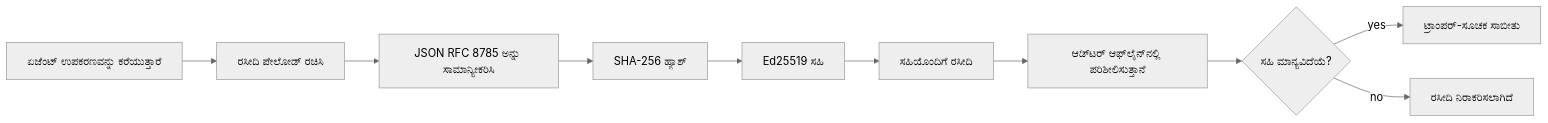
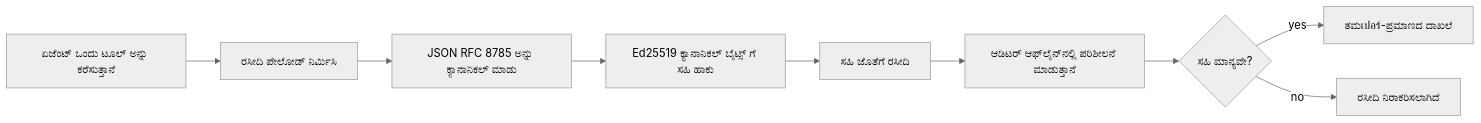
The first of 2 diagrams in translations/kn/18-securing-ai-agents/README.md (microsoft/ai-agents-for-beginners), drawn with Mermaid (neutral theme) before and after one commit. The commit also changed other lines of this file and 43 other files, not shown here.

````diff
--- a/translations/kn/18-securing-ai-agents/README.md
+++ b/translations/kn/18-securing-ai-agents/README.md
@@ -51,12 +51,11 @@
 ```mermaid
 flowchart LR
-    A[ಏಜೆಂಟ್ ಉಪಕರಣವನ್ನು ಕರೆಯುತ್ತಾರೆ] --> B[ರಸೀದಿ ಪೇಲೋಡ್ ರಚಿಸಿ]
-    B --> C[JSON RFC 8785 ಅನ್ನು ಸಾಮಾನ್ಯೀಕರಿಸಿ]
-    C --> D[SHA-256 ಹ್ಯಾಶ್]
-    D --> E[Ed25519 ಸಹಿ]
-    E --> F[ಸಹಿಯೊಂದಿಗೆ ರಸೀದಿ]
-    F --> G[ಆಡಿ್ಟರ್ ಆಫ್‌ಲೈನ್‌ನಲ್ಲಿ ಪರಿಶೀಲಿಸುತ್ತಾನೆ]
-    G --> H{ಸಹಿ ಮಾನ್ಯವಿದೆಯೆ?}
-    H -- yes --> I[ಟ್ರಾಂಪರ್-ಸೂಚಕ ಸಾಬೀತು]
+    A[ಏಜೆಂಟ್ ಒಂದು ಟೂಲ್ ಅನ್ನು ಕರೆಸುತ್ತಾನೆ] --> B[ರಸೀದಿ ಪೇಲೋಡ್ ನಿರ್ಮಿಸಿ]
+    B --> C[JSON RFC 8785 ಅನ್ನು ಕ್ಯಾನಾನಿಕಲ್ ಮಾಡು]
+    C --> E[Ed25519 ಕ್ಯಾನಾನಿಕಲ್ ಬೈಟ್ಸ್ ಗೆ ಸಹಿ ಹಾಕು]
+    E --> F[ಸಹಿ ಜೊತೆಗೆ ರಸೀದಿ]
+    F --> G[ಆಡಿಟರ್ ಆಫ್‌ಲೈನ್‌ನಲ್ಲಿ ಪರಿಶೀಲನೆ ಮಾಡುತ್ತಾನೆ]
+    G --> H{ಸಹಿ ಮಾನ್ಯವೇ?}
+    H -- yes --> I[ತಮเปอร์-ಪ್ರಮಾಣದ ದಾಖಲೆ]
     H -- no --> J[ರಸೀದಿ ನಿರಾಕರಿಸಲಾಗಿದೆ]
 ```
````
